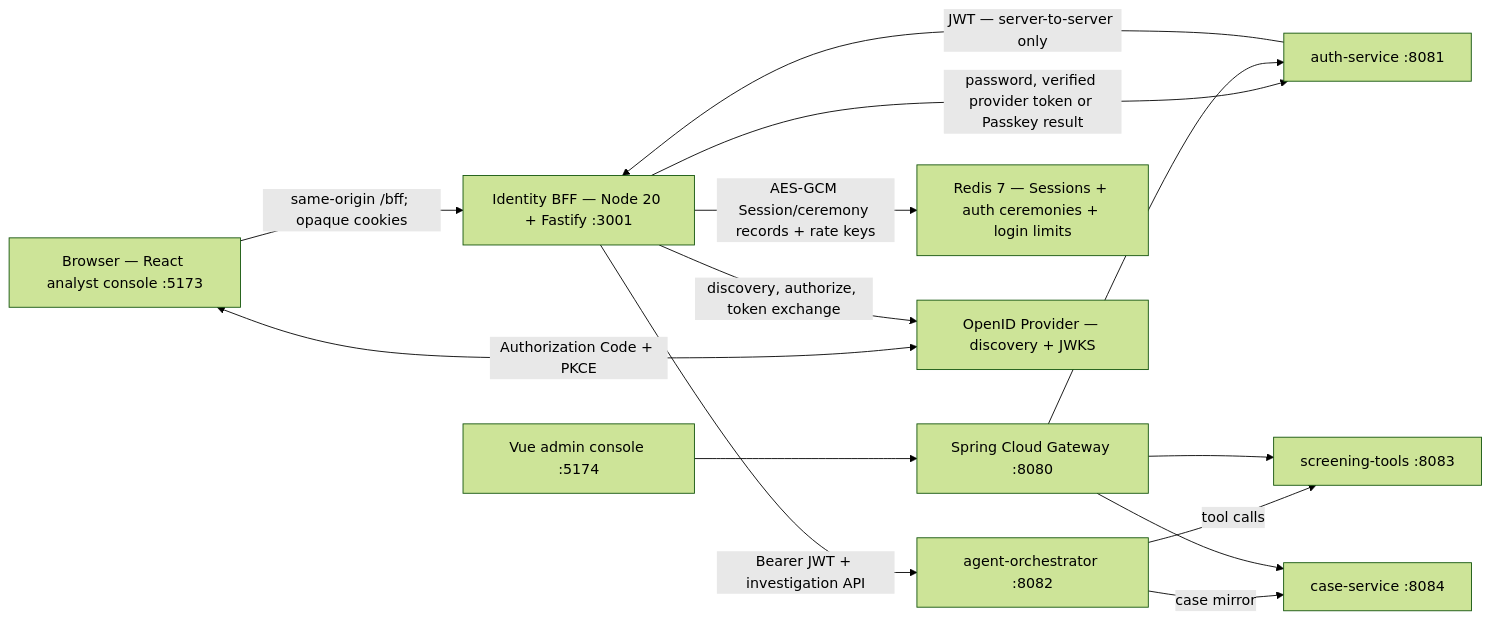
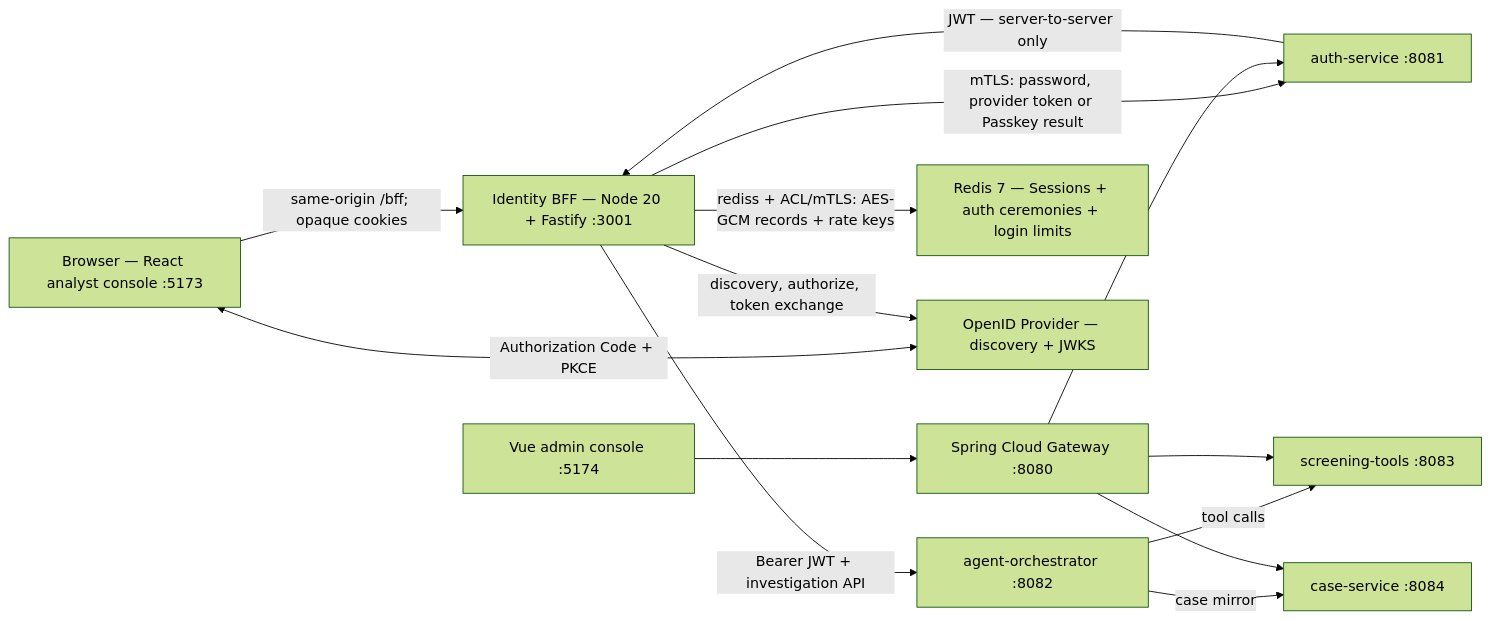
One commit to Redchar1992/Argus changed the first of 5 diagrams in docs/architecture.md. Above: the diagram before and after it, drawn with Mermaid (forest theme). The commit also changed other lines of this file and 34 other files, not shown here.

````diff
--- a/docs/architecture.md
+++ b/docs/architecture.md
@@ -8,27 +8,27 @@
 ```mermaid
 flowchart LR
     Browser["Browser — React analyst console :5173"]
     BFF["Identity BFF — Node 20 + Fastify :3001"]
     Auth["auth-service :8081"]
     Agent["agent-orchestrator :8082"]
     Tools["screening-tools :8083"]
     Cases["case-service :8084"]
     Admin["Vue admin console :5174"]
     Gateway["Spring Cloud Gateway :8080"]
     Redis["Redis 7 — Sessions + auth ceremonies + login limits"]
     IdP["OpenID Provider — discovery + JWKS"]
 
     Browser -->|"same-origin /bff; opaque cookies"| BFF
-    BFF -->|"password, verified provider token or Passkey result"| Auth
+    BFF -->|"mTLS: password, provider token or Passkey result"| Auth
     Browser <-->|"Authorization Code + PKCE"| IdP
     BFF -->|"discovery, authorize, token exchange"| IdP
     Auth -->|"JWT — server-to-server only"| BFF
     BFF -->|"Bearer JWT + investigation API"| Agent
-    BFF -->|"AES-GCM Session/ceremony records + rate keys"| Redis
+    BFF -->|"rediss + ACL/mTLS: AES-GCM records + rate keys"| Redis
     Agent -->|"tool calls"| Tools
     Agent -->|"case mirror"| Cases
     Admin --> Gateway
     Gateway --> Auth
     Gateway --> Tools
     Gateway --> Cases
 ```
````
